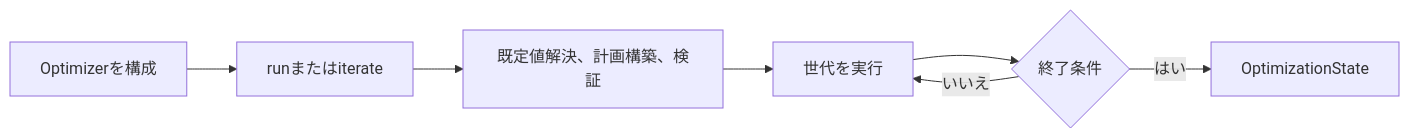
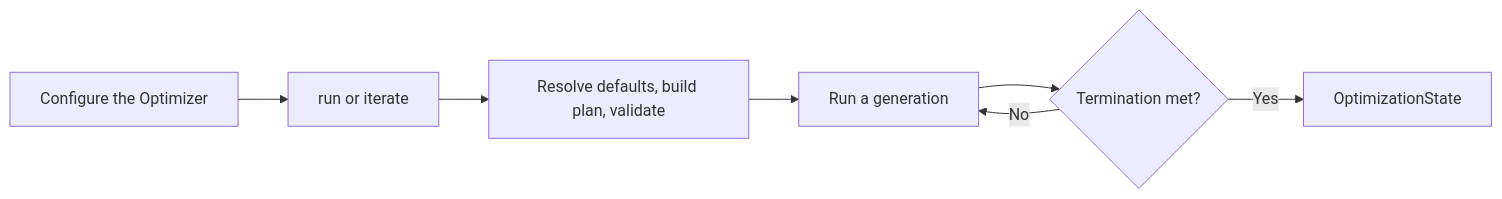
The diagram in docs/tutorials/lowlevel_api.md (shlka/saealib), drawn with Mermaid before and after one commit. The commit also changed other lines of this file and 95 other files, not shown here.

````diff
--- a/docs/tutorials/lowlevel_api.md
+++ b/docs/tutorials/lowlevel_api.md
@@ -57,9 +162,9 @@
 ```{mermaid}
 flowchart LR
-    A[Optimizerを構成] --> B[runまたはiterate]
-    B --> C[既定値解決、計画構築、検証]
-    C --> D[世代を実行]
-    D --> E{終了条件}
-    E -- いいえ --> D
-    E -- はい --> F[OptimizationState]
+    A["Configure the Optimizer"] --> B["run or iterate"]
+    B --> C["Resolve defaults, build plan, validate"]
+    C --> D["Run a generation"]
+    D --> E{"Termination met?"}
+    E -- No --> D
+    E -- Yes --> F["OptimizationState"]
 ```
````
